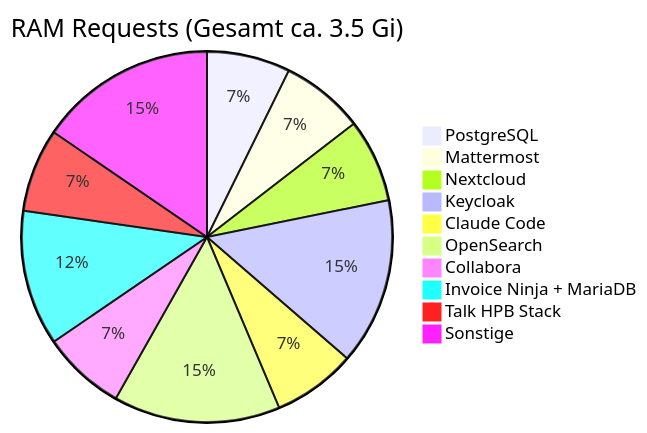
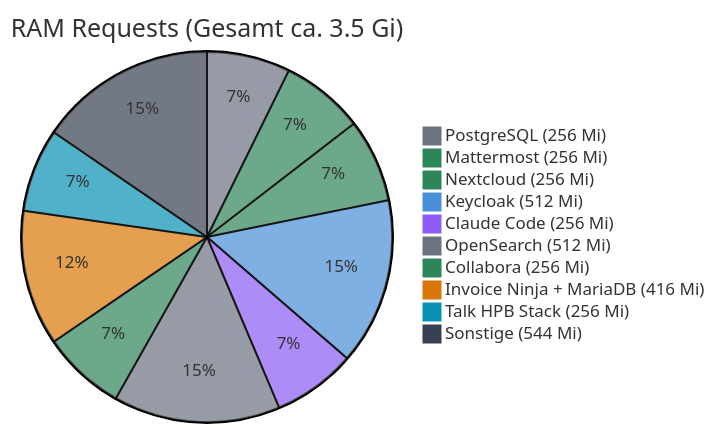
The diagram in docs/services.md (Paddione/Bachelorprojekt), drawn with Mermaid before and after one commit. The commit also changed 6 other files, not shown here.

First line of the commit message:
docs: Dokumentation ins Deutsche übersetzen und Mermaid-Diagramme visuell aufwerten

````diff
--- a/docs/services.md
+++ b/docs/services.md
@@ -250,13 +250,14 @@
 ```mermaid
+%%{init: {'theme': 'base', 'themeVariables': {'pie1': '#6b7280', 'pie2': '#2d8659', 'pie3': '#2d8659', 'pie4': '#4a90d9', 'pie5': '#8b5cf6', 'pie6': '#6b7280', 'pie7': '#2d8659', 'pie8': '#d97706', 'pie9': '#0891b2', 'pie10': '#374151'}}}%%
 pie title RAM Requests (Gesamt ca. 3.5 Gi)
-    "PostgreSQL" : 256
-    "Mattermost" : 256
-    "Nextcloud" : 256
-    "Keycloak" : 512
-    "Claude Code" : 256
-    "OpenSearch" : 512
-    "Collabora" : 256
-    "Invoice Ninja + MariaDB" : 416
-    "Talk HPB Stack" : 256
-    "Sonstige" : 544
+    "PostgreSQL (256 Mi)" : 256
+    "Mattermost (256 Mi)" : 256
+    "Nextcloud (256 Mi)" : 256
+    "Keycloak (512 Mi)" : 512
+    "Claude Code (256 Mi)" : 256
+    "OpenSearch (512 Mi)" : 512
+    "Collabora (256 Mi)" : 256
+    "Invoice Ninja + MariaDB (416 Mi)" : 416
+    "Talk HPB Stack (256 Mi)" : 256
+    "Sonstige (544 Mi)" : 544
 ```
````
